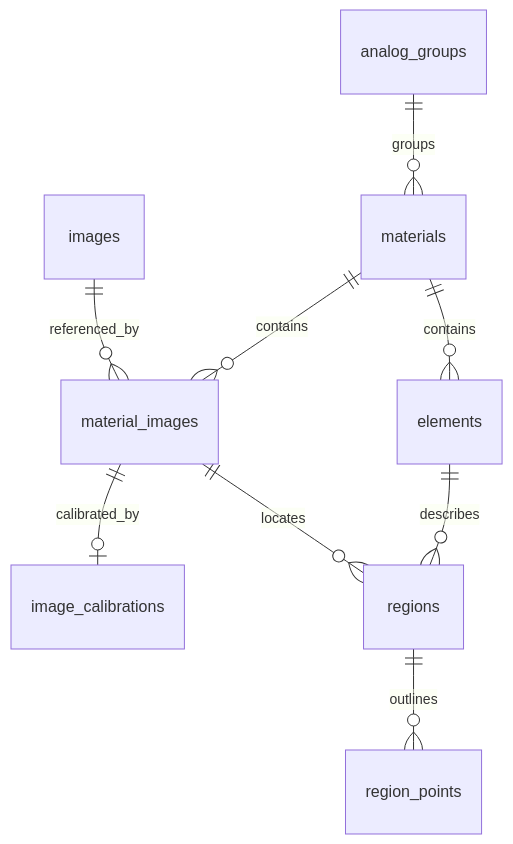
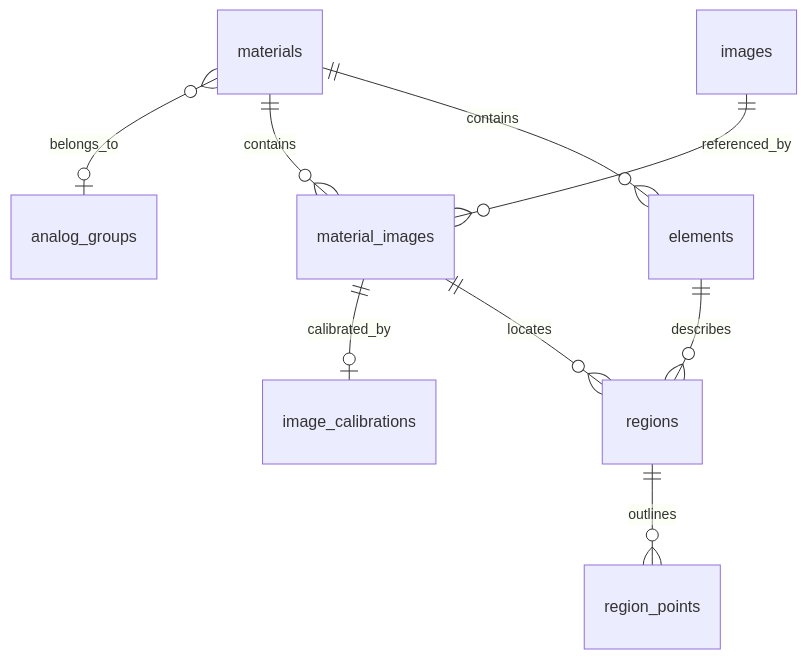
One commit to PaulChaiko/HISTOSETS changed the diagram in docs/data-model.md. Above: the diagram before and after it, drawn with Mermaid.

Commit message:
Document optional analog group membership in the schema diagram

````diff
--- a/docs/data-model.md
+++ b/docs/data-model.md
@@ -44,11 +44,11 @@
 ```mermaid
 erDiagram
-    analog_groups ||--o{ materials : groups
+    materials }o--o| analog_groups : belongs_to
     materials ||--o{ material_images : contains
     images ||--o{ material_images : referenced_by
     material_images ||--o| image_calibrations : calibrated_by
     materials ||--o{ elements : contains
     elements ||--o{ regions : describes
     material_images ||--o{ regions : locates
     regions ||--o{ region_points : outlines
 ```
````
